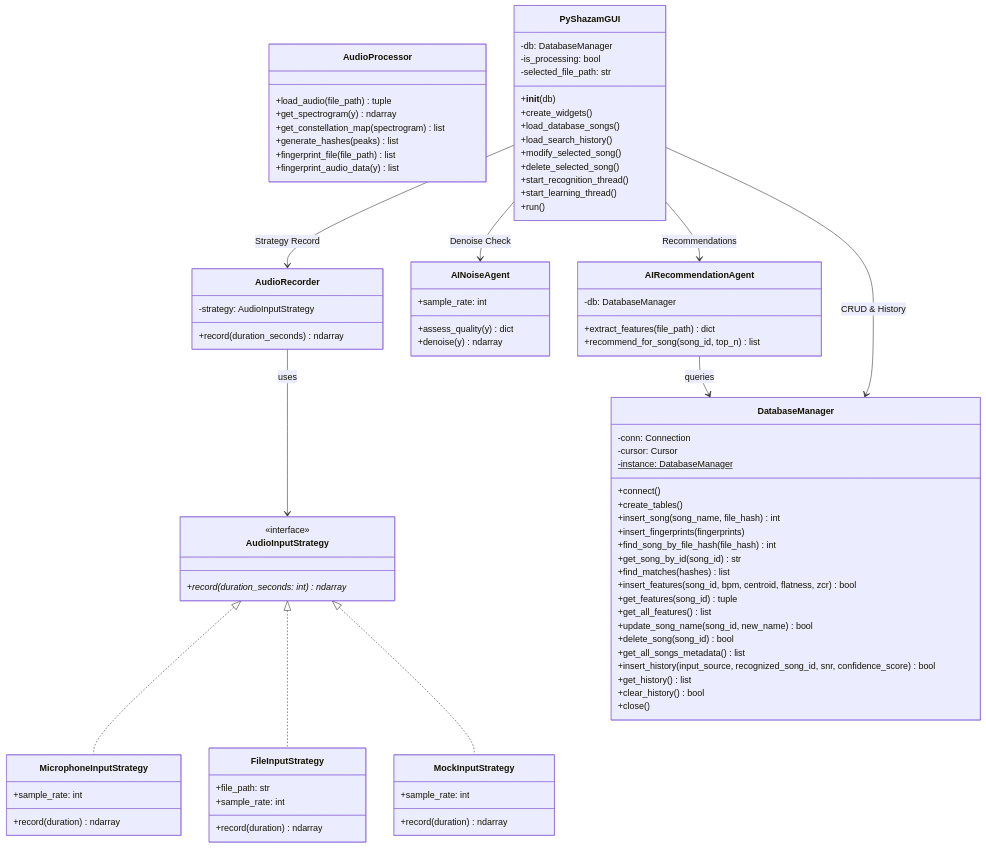
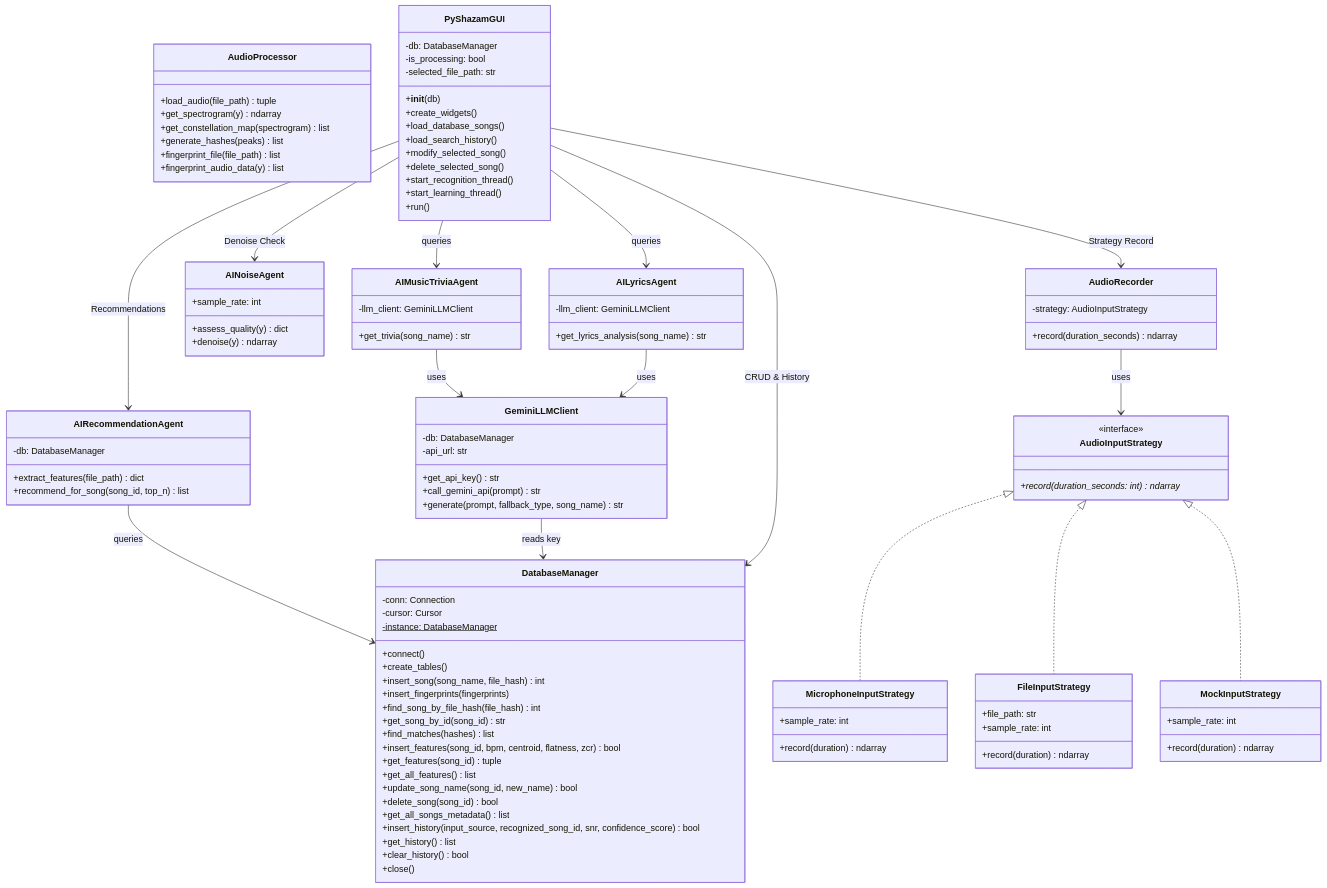
The diagram in README.md (vladenachescu/EchoPrint), drawn with Mermaid before and after one commit. The commit also changed other lines of this file and 19 other files, not shown here.

Commit message:
refactor: restructure project into packages and integrate Google Gemini LLM agents

````diff
--- a/README.md
+++ b/README.md
@@ -86,6 +86,27 @@
     }
     AIRecommendationAgent --> DatabaseManager : queries
     
+    class GeminiLLMClient {
+        -db: DatabaseManager
+        -api_url: str
+        +get_api_key() str
+        +call_gemini_api(prompt) str
+        +generate(prompt, fallback_type, song_name) str
+    }
+    GeminiLLMClient --> DatabaseManager : reads key
+
+    class AIMusicTriviaAgent {
+        -llm_client: GeminiLLMClient
+        +get_trivia(song_name) str
+    }
+    AIMusicTriviaAgent --> GeminiLLMClient : uses
+
+    class AILyricsAgent {
+        -llm_client: GeminiLLMClient
+        +get_lyrics_analysis(song_name) str
+    }
+    AILyricsAgent --> GeminiLLMClient : uses
+    
     class PyShazamGUI {
         -db: DatabaseManager
         -is_processing: bool
@@ -104,4 +125,6 @@
     PyShazamGUI --> AINoiseAgent : Denoise Check
     PyShazamGUI --> AIRecommendationAgent : Recommendations
     PyShazamGUI --> AudioRecorder : Strategy Record
+    PyShazamGUI --> AIMusicTriviaAgent : queries
+    PyShazamGUI --> AILyricsAgent : queries
 ```
````
